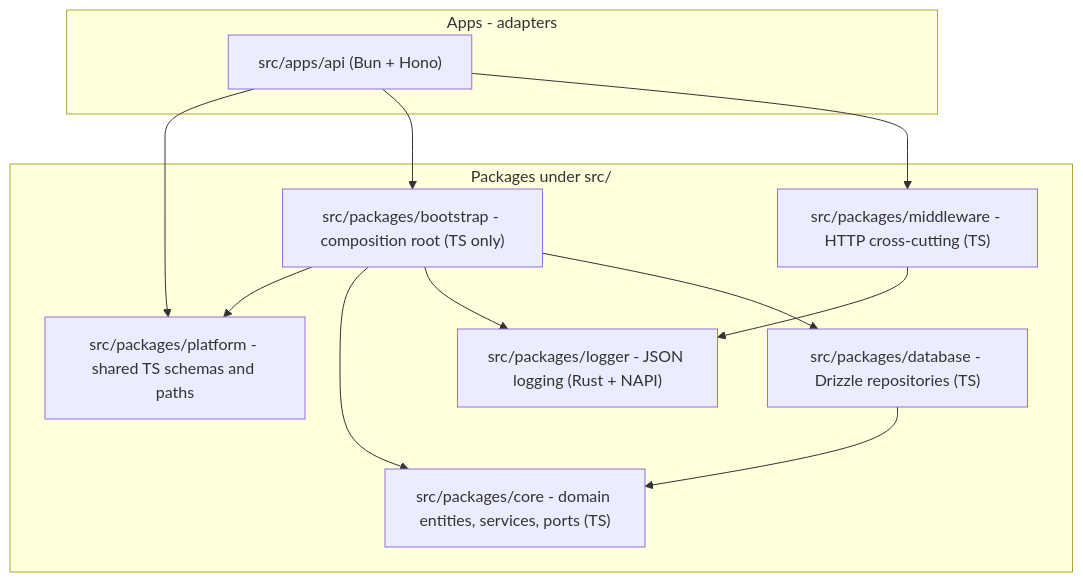
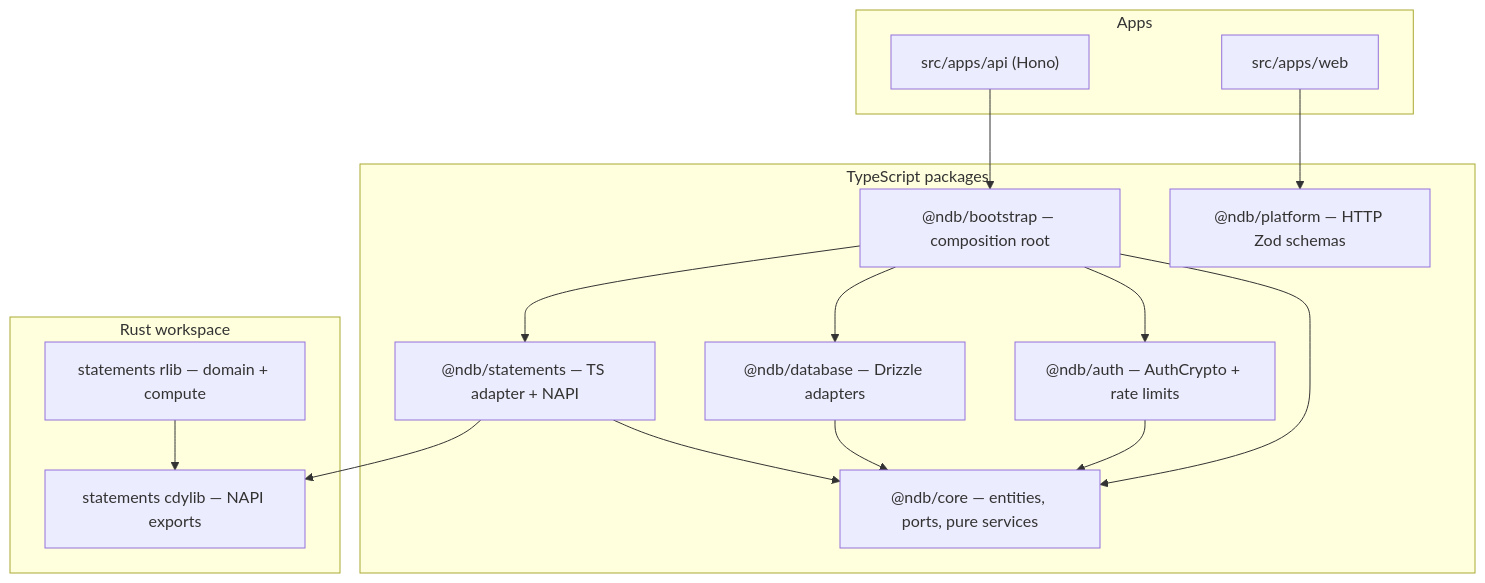
Before and after one commit to financial-footprints/NetworthDB: the diagram in docs/adr/001-domain-driven-design.md, drawn with Mermaid. The commit also changed other lines of this file and 876 other files, not shown here.

Commit message:
feat(api): Port NetworthCSV, NetworthDOM, NetworthSync & NetworthHTTP

````diff
--- a/docs/adr/001-domain-driven-design.md
+++ b/docs/adr/001-domain-driven-design.md
@@ -25,25 +20,33 @@
 ```mermaid
 flowchart TB
-  subgraph apps [Apps - adapters]
-    API["src/apps/api (Bun + Hono)"]
+  subgraph apps [Apps]
+    API["src/apps/api (Hono)"]
+    Web["src/apps/web"]
   end
 
-  subgraph packages [Packages under src/]
-    PlatformPkg["src/packages/platform - shared TS schemas and paths"]
-    Core["src/packages/core - domain entities, services, ports (TS)"]
-    Logger["src/packages/logger - JSON logging (Rust + NAPI)"]
-    Middleware["src/packages/middleware - HTTP cross-cutting (TS)"]
-    DB["src/packages/database - Drizzle repositories (TS)"]
-    Bootstrap["src/packages/bootstrap - composition root (TS only)"]
+  subgraph ts [TypeScript packages]
+    Platform["@ndb/platform — HTTP Zod schemas"]
+    CoreTS["@ndb/core — entities, ports, pure services"]
+    AuthTS["@ndb/auth — AuthCrypto + rate limits"]
+    Bootstrap["@ndb/bootstrap — composition root"]
+    DB["@ndb/database — Drizzle adapters"]
+    StmtTS["@ndb/statements — TS adapter + NAPI"]
   end
 
-  API --> PlatformPkg
+  subgraph rust [Rust workspace]
+    Statements["statements rlib — domain + compute"]
+    StmtNapi["statements cdylib — NAPI exports"]
+    Statements --> StmtNapi
+  end
+
   API --> Bootstrap
-  API --> Middleware
-  Bootstrap --> PlatformPkg
-  Bootstrap --> Core
-  Bootstrap --> Logger
+  Web --> Platform
+  Bootstrap --> CoreTS
+  Bootstrap --> AuthTS
   Bootstrap --> DB
-  Middleware --> Logger
-  DB --> Core
+  Bootstrap --> StmtTS
+  AuthTS --> CoreTS
+  StmtTS --> CoreTS
+  StmtTS --> StmtNapi
+  DB --> CoreTS
 ```
````
